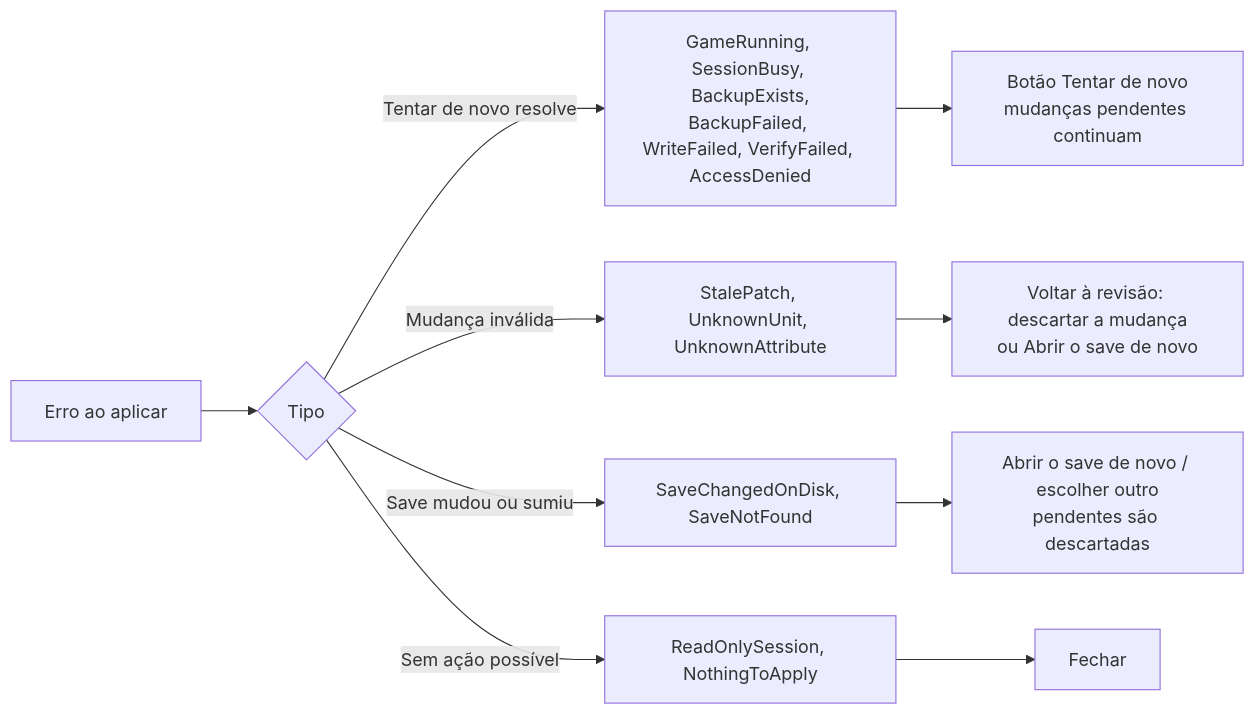
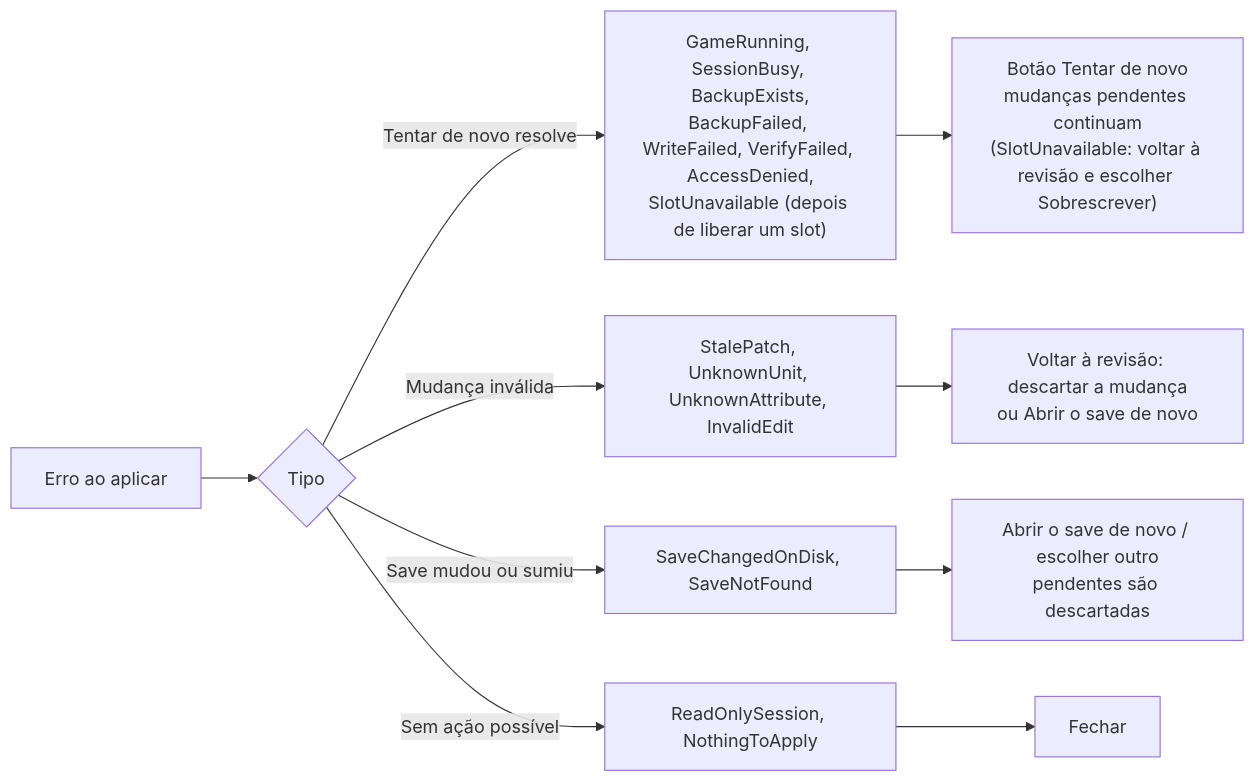
The third of 4 diagrams in design/review-apply/flows.md (enxadadev/own-expeditor), drawn with Mermaid before and after one commit. The commit also changed other lines of this file and 30 other files, not shown here.

````diff
--- a/design/review-apply/flows.md
+++ b/design/review-apply/flows.md
@@ -79,12 +102,12 @@
 ```mermaid
 flowchart LR
     X["Erro ao aplicar"] --> T{"Tipo"}
-    T -->|"Tentar de novo resolve"| R["GameRunning, SessionBusy, BackupExists,<br/>BackupFailed, WriteFailed, VerifyFailed, AccessDenied"]
-    R --> R1["Botão Tentar de novo<br/>mudanças pendentes continuam"]
-    T -->|"Mudança inválida"| I["StalePatch, UnknownUnit, UnknownAttribute"]
+    T -->|"Tentar de novo resolve"| R["GameRunning, SessionBusy, BackupExists,<br/>BackupFailed, WriteFailed, VerifyFailed, AccessDenied,<br/>SlotUnavailable (depois de liberar um slot)"]
+    R --> R1["Botão Tentar de novo<br/>mudanças pendentes continuam<br/>(SlotUnavailable: voltar à revisão e escolher Sobrescrever)"]
+    T -->|"Mudança inválida"| I["StalePatch, UnknownUnit, UnknownAttribute, InvalidEdit"]
     I --> I1["Voltar à revisão: descartar a mudança<br/>ou Abrir o save de novo"]
     T -->|"Save mudou ou sumiu"| C["SaveChangedOnDisk, SaveNotFound"]
     C --> C1["Abrir o save de novo / escolher outro<br/>pendentes são descartadas"]
     T -->|"Sem ação possível"| N["ReadOnlySession, NothingToApply"]
     N --> N1["Fechar"]
 ```
````
